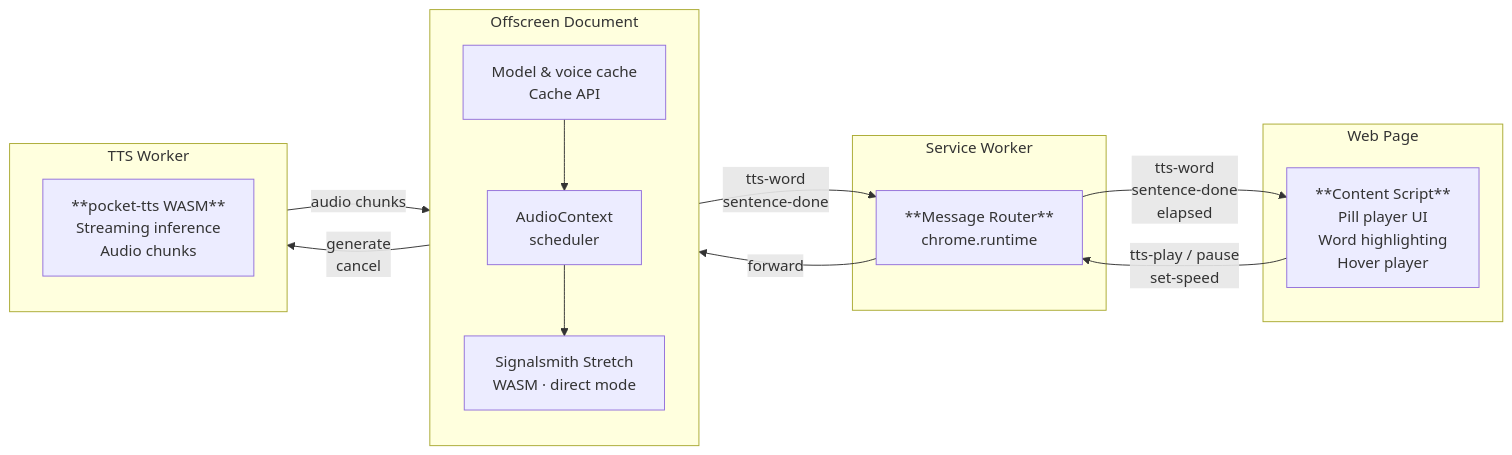
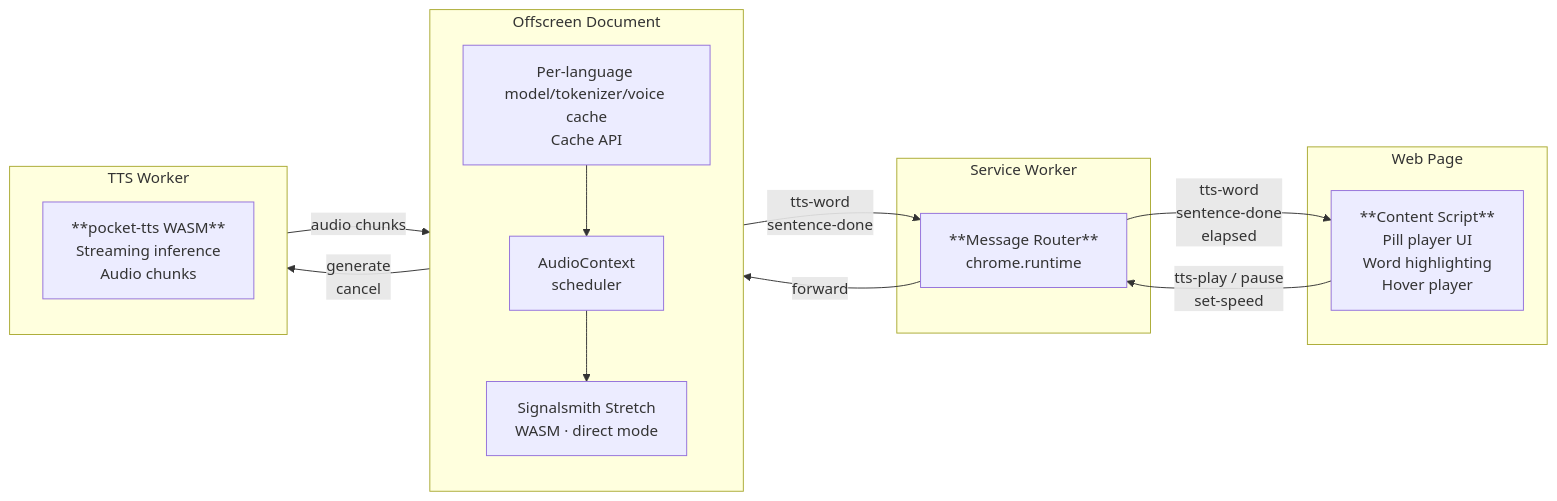
One commit to damageboy/pocket-speechify changed the diagram in README.md. Above: the diagram before and after it, drawn with Mermaid. The commit also changed other lines of this file and 1 other file, not shown here.

````diff
--- a/README.md
+++ b/README.md
@@ -76,31 +78,31 @@
 ```mermaid
 flowchart LR
     subgraph Page["Web Page"]
         CS["**Content Script**\nPill player UI\nWord highlighting\nHover player"]
     end
 
     subgraph SW["Service Worker"]
         SWR["**Message Router**\nchrome.runtime"]
     end
 
     subgraph OD["Offscreen Document"]
-        Cache["Model & voice cache\nCache API"]
+        Cache["Per-language model/tokenizer/voice cache\nCache API"]
         Sched["AudioContext\nscheduler"]
         Stretch["Signalsmith Stretch\nWASM · direct mode"]
         Cache --> Sched
         Sched --> Stretch
     end
 
     subgraph TW["TTS Worker"]
         WASM["**pocket-tts WASM**\nStreaming inference\nAudio chunks"]
     end
 
     CS -- "tts-play / pause\nset-speed" --> SWR
     SWR -- "tts-word\nsentence-done\nelapsed" --> CS
 
     SWR -- "forward" --> OD
     OD -- "tts-word\nsentence-done" --> SWR
 
     OD -- "generate\ncancel" --> TW
     TW -- "audio chunks" --> OD
 ```
````
